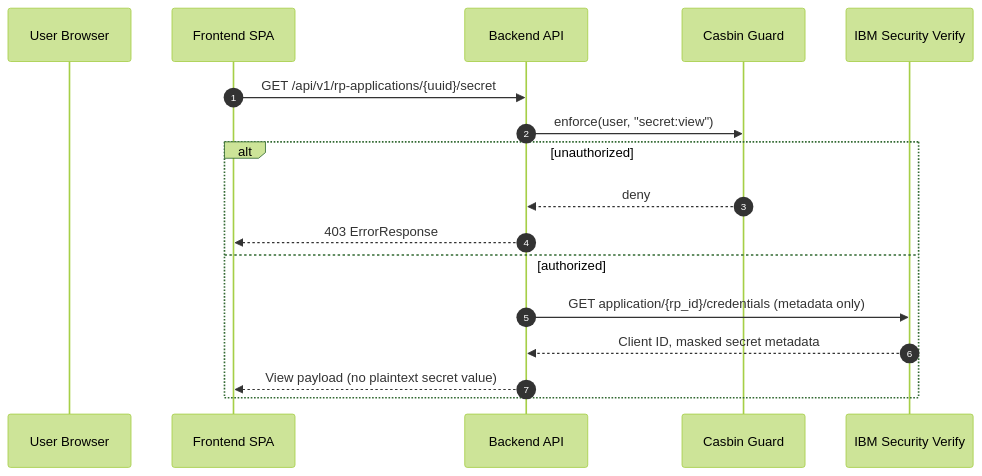
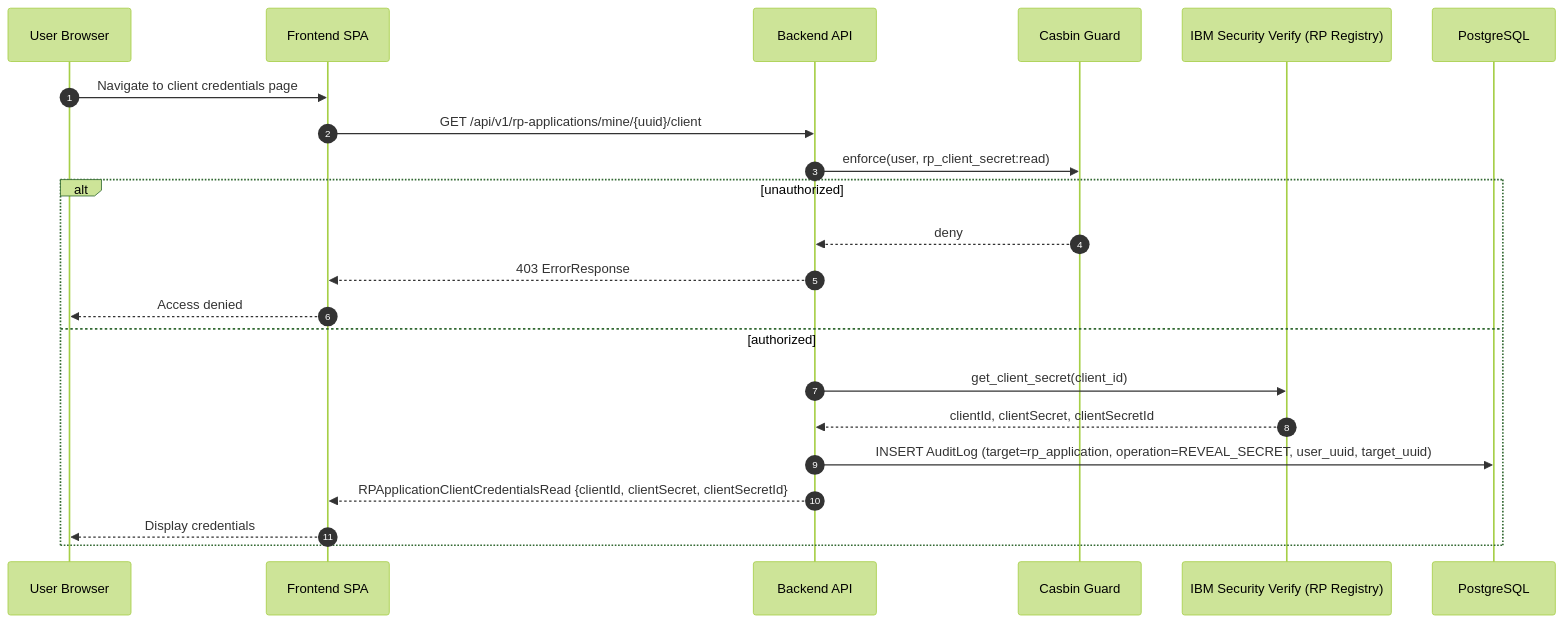
The sixth of 13 diagrams in docs/plans/partner-portal-mvp-data-flows.md (cds-snc/canadalogin-partner-portal), drawn with Mermaid (forest theme) before and after one commit. The commit also changed other lines of this file and 1 other file, not shown here.

Commit message:
mvp architecture doc update (#93)

````diff
--- a/docs/plans/partner-portal-mvp-data-flows.md
+++ b/docs/plans/partner-portal-mvp-data-flows.md
@@ -170,20 +162,25 @@
 ```mermaid
 sequenceDiagram
     autonumber
     participant U as User Browser
     participant FE as Frontend SPA
     participant BE as Backend API
     participant C as Casbin Guard
-    participant V as IBM Security Verify
+    participant V as IBM Security Verify (RP Registry)
+    participant DB as PostgreSQL
 
-    FE->>BE: GET /api/v1/rp-applications/{uuid}/secret
-    BE->>C: enforce(user, "secret:view")
+    U->>FE: Navigate to client credentials page
+    FE->>BE: GET /api/v1/rp-applications/mine/{uuid}/client
+    BE->>C: enforce(user, rp_client_secret:read)
     alt unauthorized
         C-->>BE: deny
         BE-->>FE: 403 ErrorResponse
+        FE-->>U: Access denied
     else authorized
-        BE->>V: GET application/{rp_id}/credentials (metadata only)
-        V-->>BE: Client ID, masked secret metadata
-        BE-->>FE: View payload (no plaintext secret value)
+        BE->>V: get_client_secret(client_id)
+        V-->>BE: clientId, clientSecret, clientSecretId
+        BE->>DB: INSERT AuditLog (target=rp_application, operation=REVEAL_SECRET, user_uuid, target_uuid)
+        BE-->>FE: RPApplicationClientCredentialsRead {clientId, clientSecret, clientSecretId}
+        FE-->>U: Display credentials
     end
 ```
````
